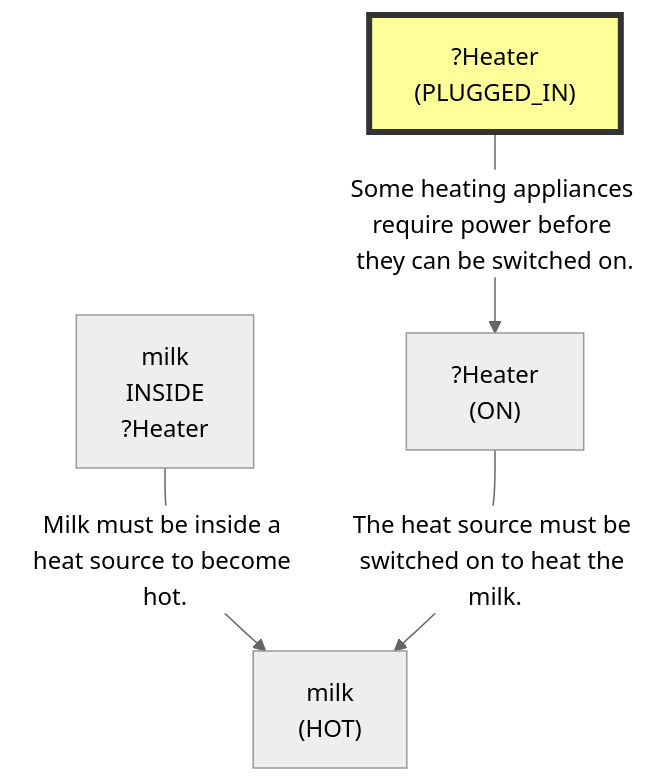
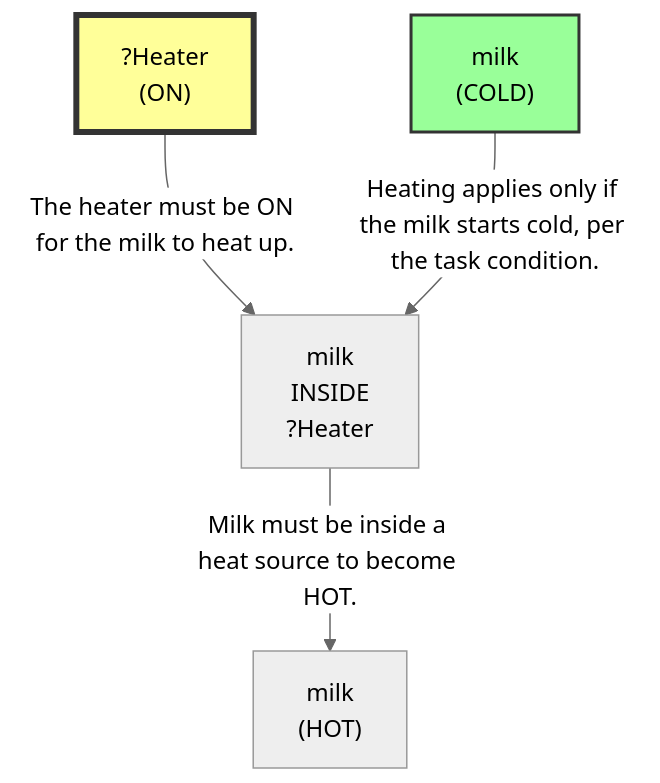
Before and after one commit to scuama/virtualhome: the first of 12 diagrams in evaluation/results/table3/robostate/runs/without_memory/M3_15/run_T3_without_memory_M3_15.md, drawn with Mermaid (neutral theme). The commit also changed other lines of this file and 507 other files, not shown here.

````diff
--- a/evaluation/results/table3/robostate/runs/without_memory/M3_15/run_T3_without_memory_M3_15.md
+++ b/evaluation/results/table3/robostate/runs/without_memory/M3_15/run_T3_without_memory_M3_15.md
@@ -100,11 +107,12 @@
 ```mermaid
 graph TD
     N1["milk<br>(HOT)"]
-    N2["?Heater<br>(ON)"]
-    N3["?Heater<br>(PLUGGED_IN)"]
+    N2["milk<br>INSIDE<br>?Heater"]
+    N3["?Heater<br>(ON)"]
     style N3 fill:#ff9,stroke:#333,stroke-width:4px
-    N4["milk<br>INSIDE<br>?Heater"]
-    N4 -->|"Milk must be inside a heat source to become hot."| N1
-    N2 -->|"The heat source must be switched on to heat the milk."| N1
-    N3 -->|"Some heating appliances require power before they can be switched on."| N2
+    N4["milk<br>(COLD)"]
+    style N4 fill:#9f9,stroke:#333,stroke-width:2px
+    N2 -->|"Milk must be inside a heat source to become HOT."| N1
+    N3 -->|"The heater must be ON for the milk to heat up."| N2
+    N4 -->|"Heating applies only if the milk starts cold, per the task condition."| N2
 ```
````
